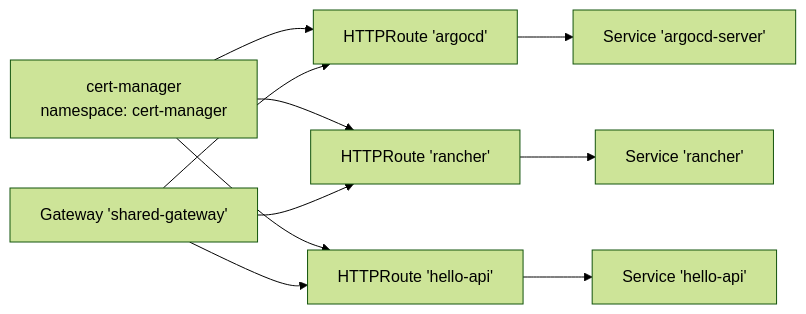
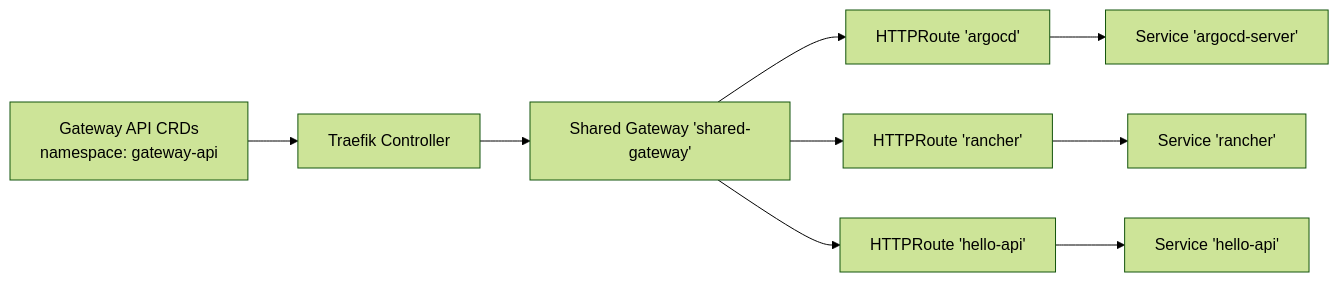
One commit to Hoangvu75/k8s_manifest changed the fifth of 5 diagrams in .qoder/repowiki/en/content/Playground Applications/Playground Applications.md. Above: the diagram before and after it, drawn with Mermaid (forest theme). The commit also changed other lines of this file and 24 other files, not shown here.

````diff
--- a/.qoder/repowiki/en/content/Playground Applications/Playground Applications.md
+++ b/.qoder/repowiki/en/content/Playground Applications/Playground Applications.md
@@ -275,12 +285,11 @@
 ```mermaid
 graph LR
-CM["cert-manager<br/>namespace: cert-manager"] --> ARGOHR["HTTPRoute 'argocd'"]
-CM --> RANCHHR["HTTPRoute 'rancher'"]
-CM --> HELLOHR["HTTPRoute 'hello-api'"]
-SharedGW["Gateway 'shared-gateway'"] --> ARGOHR
-SharedGW --> RANCHHR
-SharedGW --> HELLOHR
+GATEWAYAPI["Gateway API CRDs<br/>namespace: gateway-api"] --> TRAEFIK["Traefik Controller"]
+TRAEFIK --> SHAREDGW["Shared Gateway 'shared-gateway'"]
+SHAREDGW --> ARGOHR["HTTPRoute 'argocd'"]
+SHAREDGW --> RANCHHR["HTTPRoute 'rancher'"]
+SHAREDGW --> HELLOHR["HTTPRoute 'hello-api'"]
 ARGOHR --> ARGO["Service 'argocd-server'"]
 RANCHHR --> RANCH["Service 'rancher'"]
 HELLOHR --> HELLO["Service 'hello-api'"]
 ```
````
